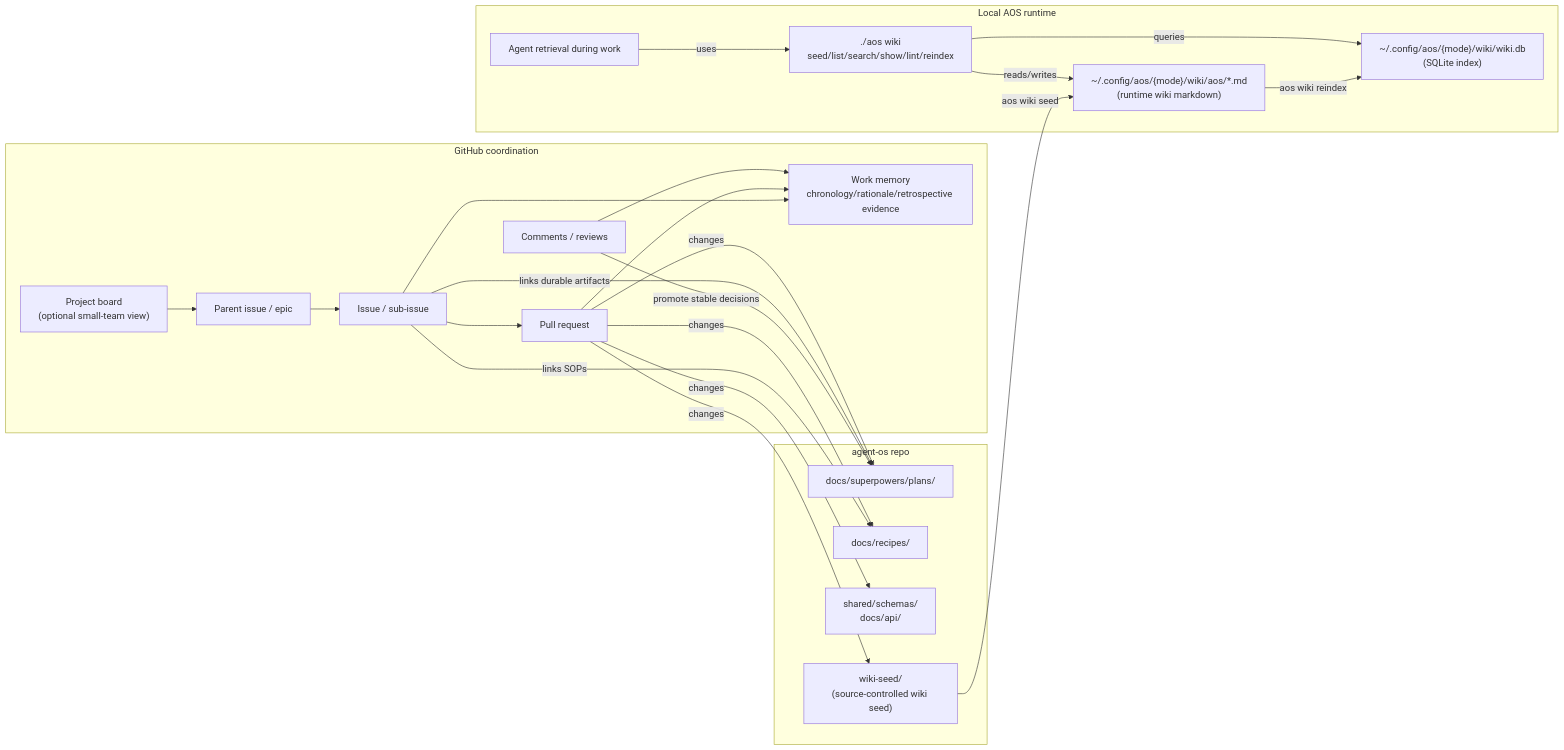
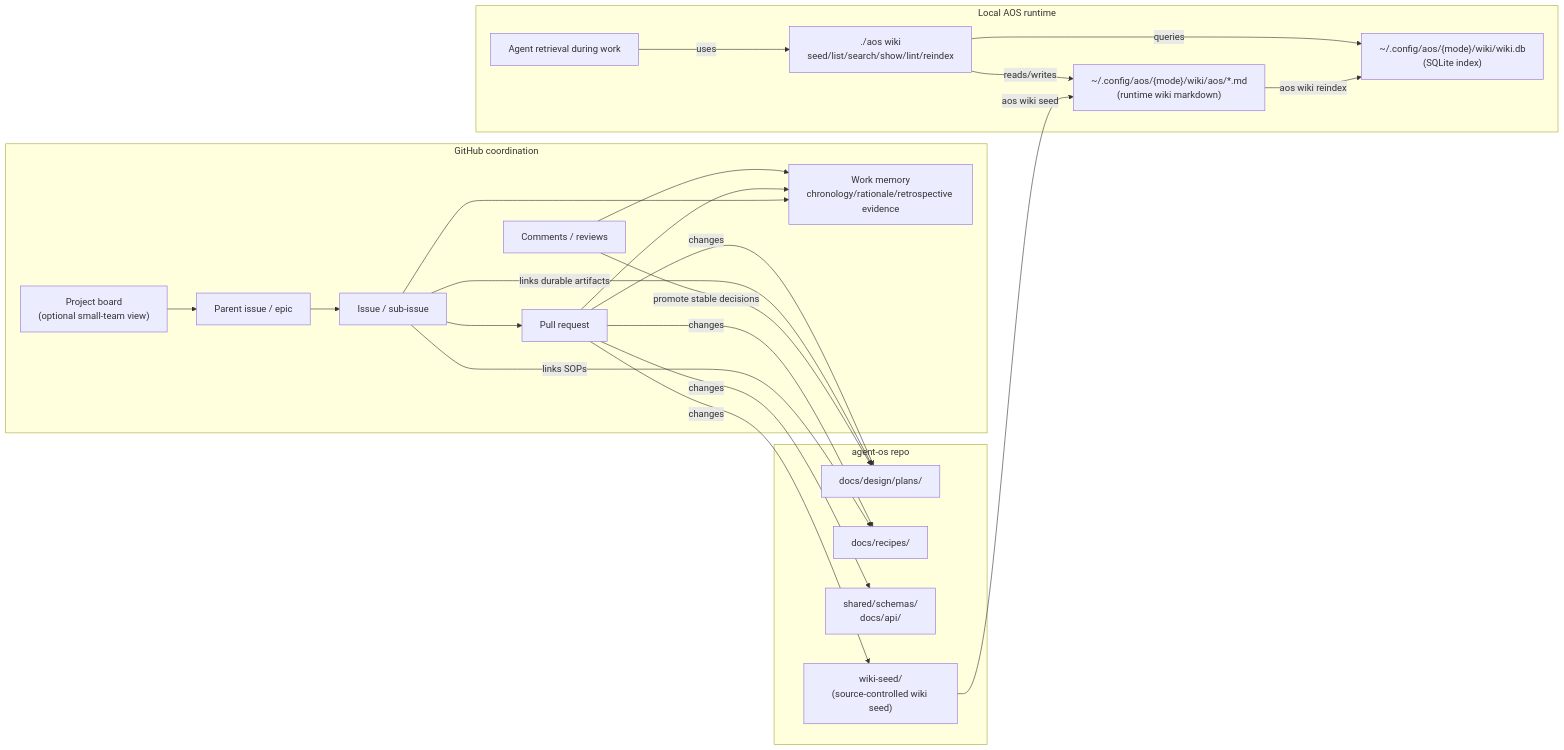
The diagram in docs/recipes/github-coordination-hygiene.md (michaelblum/agent-os), drawn with Mermaid before and after one commit. The commit also changed other lines of this file and 16 other files, not shown here.

````diff
--- a/docs/recipes/github-coordination-hygiene.md
+++ b/docs/recipes/github-coordination-hygiene.md
@@ -179,45 +181,45 @@
 ```mermaid
 flowchart LR
   subgraph GH["GitHub coordination"]
     Project["Project board<br/>(optional small-team view)"]
     Epic["Parent issue / epic"]
     Issue["Issue / sub-issue"]
     PR["Pull request"]
     Comment["Comments / reviews"]
     History["Work memory<br/>chronology/rationale/retrospective evidence"]
   end
 
   subgraph Repo["agent-os repo"]
-    Plans["docs/superpowers/plans/"]
+    Plans["docs/design/plans/"]
     Recipes["docs/recipes/"]
     Schemas["shared/schemas/<br/>docs/api/"]
     WikiSeed["wiki-seed/<br/>(source-controlled wiki seed)"]
   end
 
   subgraph Runtime["Local AOS runtime"]
     WikiFiles["~/.config/aos/{mode}/wiki/aos/*.md<br/>(runtime wiki markdown)"]
     WikiDB["~/.config/aos/{mode}/wiki/wiki.db<br/>(SQLite index)"]
     AOSWiki["./aos wiki<br/>seed/list/search/show/lint/reindex"]
     Agent["Agent retrieval during work"]
   end
 
   Project --> Epic
   Epic --> Issue
   Issue --> PR
   Issue --> History
   PR --> History
   Comment --> History
   Comment -->|"promote stable decisions"| Plans
   Issue -->|"links durable artifacts"| Plans
   Issue -->|"links SOPs"| Recipes
   PR -->|"changes"| Plans
   PR -->|"changes"| Recipes
   PR -->|"changes"| Schemas
   PR -->|"changes"| WikiSeed
 
   WikiSeed -->|"aos wiki seed"| WikiFiles
   WikiFiles -->|"aos wiki reindex"| WikiDB
   AOSWiki -->|"reads/writes"| WikiFiles
   AOSWiki -->|"queries"| WikiDB
   Agent -->|"uses"| AOSWiki
 ```
````
